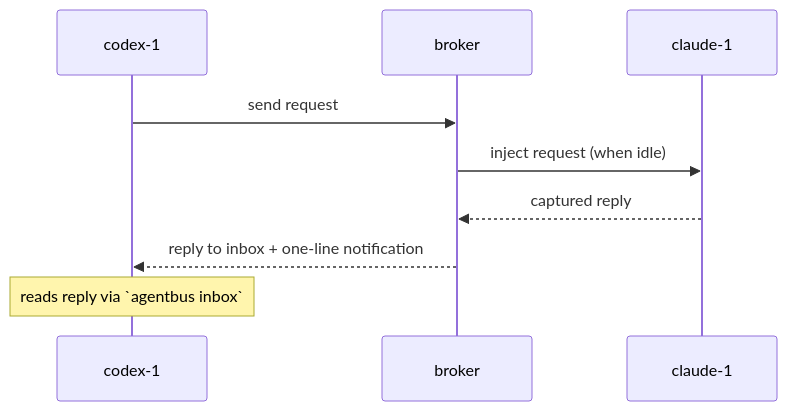
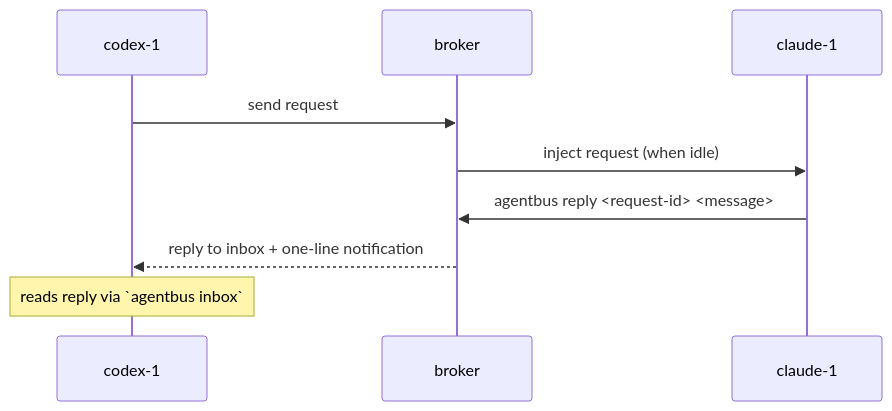
One commit to tk-425/Agentbus changed the second of 2 diagrams in README.md. Above: the diagram before and after it, drawn with Mermaid. The commit also changed other lines of this file and 1 other file, not shown here.

Commit message:
docs: refresh agentbus command docs

````diff
--- a/README.md
+++ b/README.md
@@ -53,12 +53,12 @@
 ```mermaid
 sequenceDiagram
     participant C as codex-1
     participant B as broker
     participant K as claude-1
 
     C->>B: send request
     B->>K: inject request (when idle)
-    K-->>B: captured reply
+    K->>B: agentbus reply <request-id> <message>
     B-->>C: reply to inbox + one-line notification
     Note over C: reads reply via `agentbus inbox`
 ```
````
